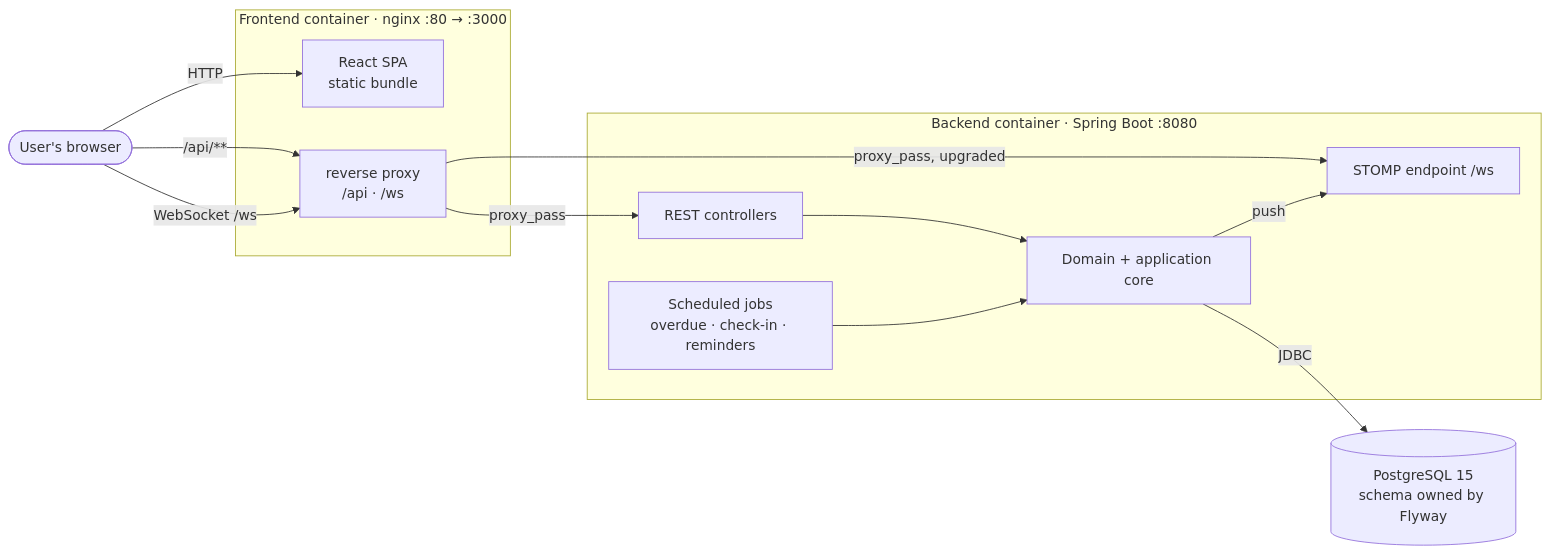
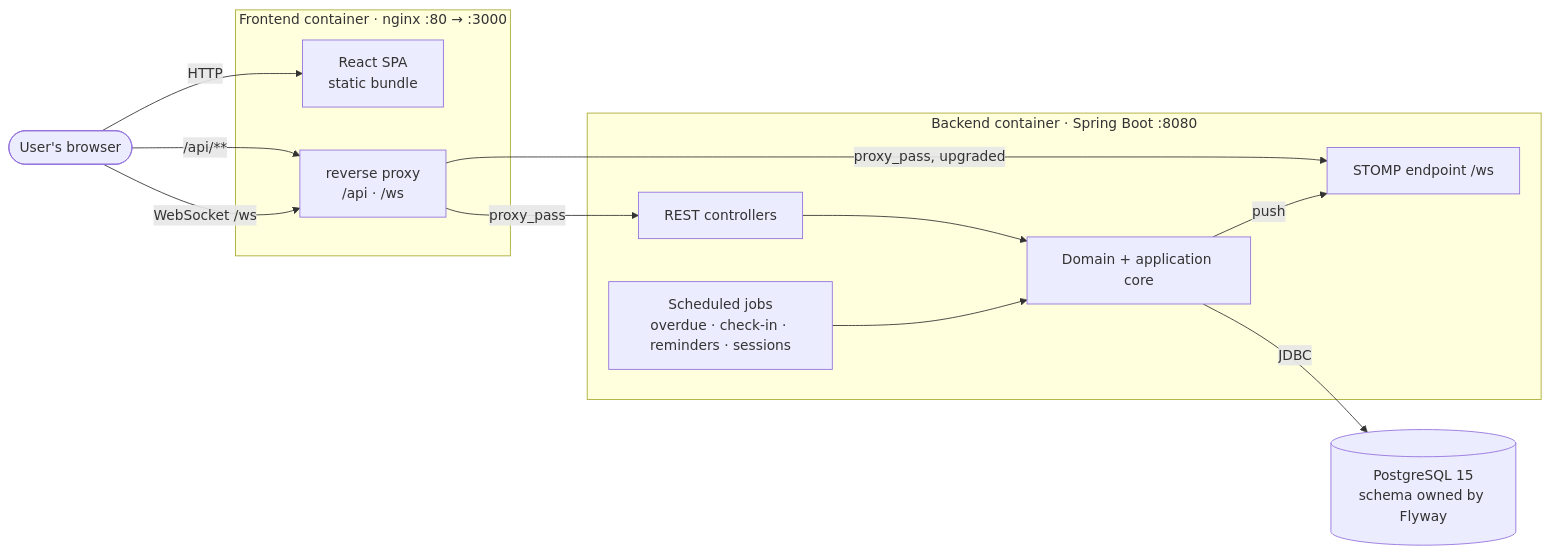
One commit to NaimElijah/UpHealther changed the diagram in README.md. Above: the diagram before and after it, drawn with Mermaid. The commit also changed 3 other files, not shown here.

First line of the commit message:
docs: count the session sweep among the scheduled jobs

````diff
--- a/README.md
+++ b/README.md
@@ -20,28 +20,28 @@
 ```mermaid
 flowchart LR
     user(["User's browser"])
 
     subgraph frontend["Frontend container · nginx :80 → :3000"]
         spa["React SPA<br/>static bundle"]
         proxy["reverse proxy<br/>/api · /ws"]
     end
 
     subgraph backend["Backend container · Spring Boot :8080"]
         rest["REST controllers"]
         stomp["STOMP endpoint /ws"]
-        jobs["Scheduled jobs<br/>overdue · check-in · reminders"]
+        jobs["Scheduled jobs<br/>overdue · check-in · reminders · sessions"]
         core["Domain + application core"]
     end
 
     db[("PostgreSQL 15<br/>schema owned by Flyway")]
 
     user -->|"HTTP"| spa
     user -->|"/api/**"| proxy
     user -->|"WebSocket /ws"| proxy
     proxy -->|"proxy_pass"| rest
     proxy -->|"proxy_pass, upgraded"| stomp
     rest --> core
     jobs --> core
     core -->|"push"| stomp
     core -->|"JDBC"| db
 ```
````
